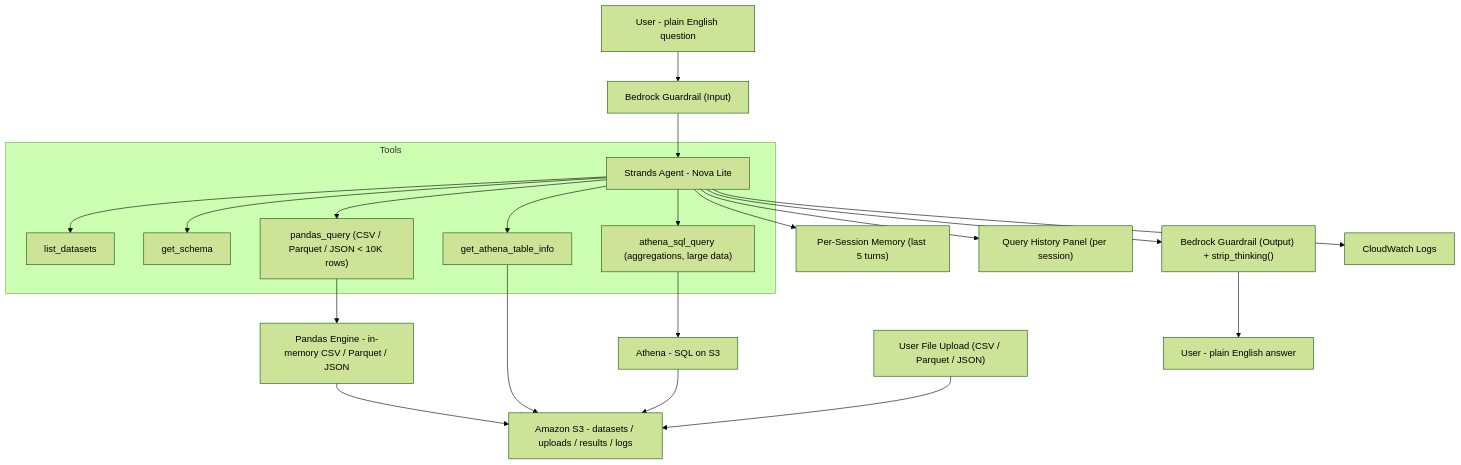
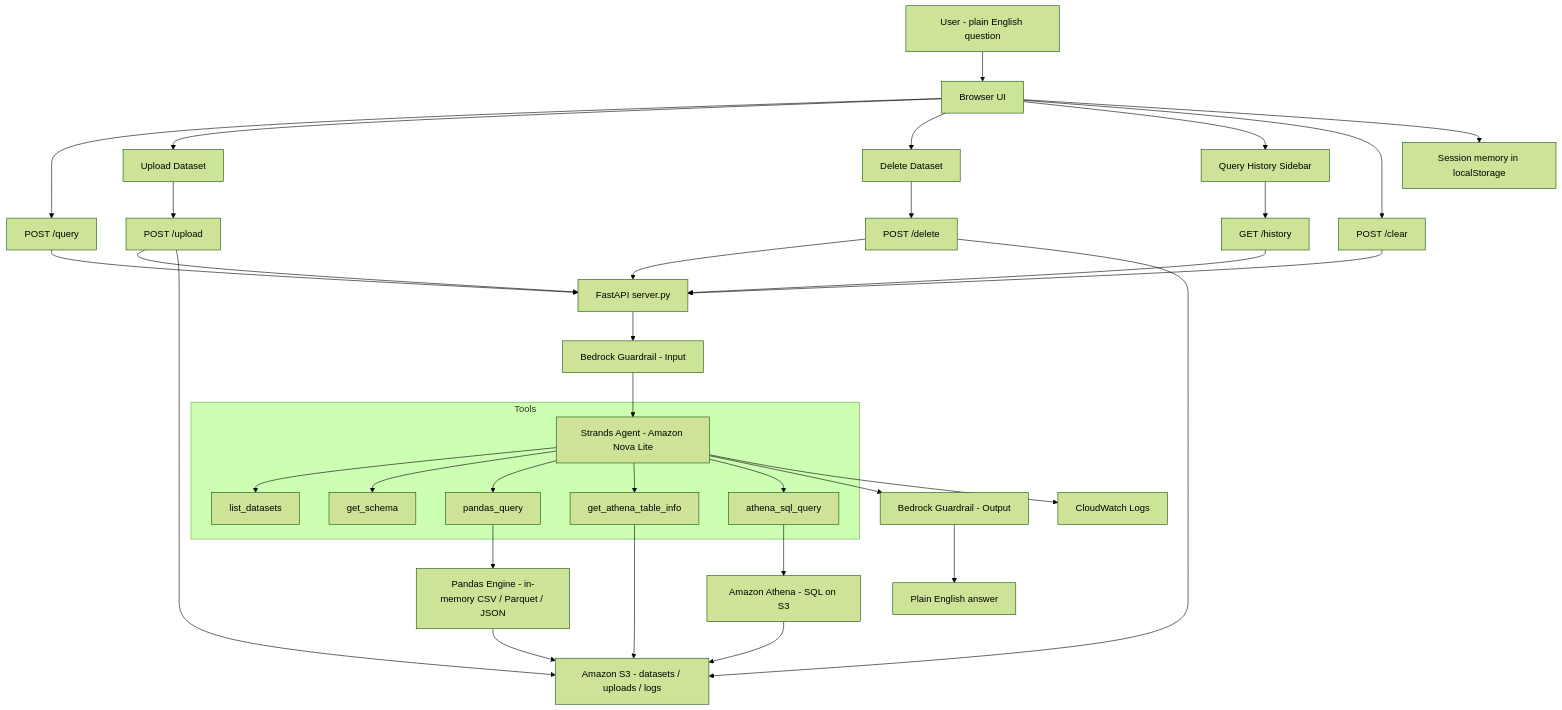
One commit to kkaustav/nl-query-agent changed the diagram in README.md. Above: the diagram before and after it, drawn with Mermaid (forest theme). The commit also changed other lines of this file, not shown here.

First line of the commit message:
Update README with new features and architecture details

````diff
--- a/README.md
+++ b/README.md
@@ -11,41 +40,54 @@
 ```mermaid
 flowchart TB
     user["User - plain English question"]
-    in_guard["Bedrock Guardrail (Input)"]
-    agent["Strands Agent - Nova Lite"]
-    memory["Per-Session Memory (last 5 turns)"]
+    browser["Browser UI"]
+    upload["Upload Dataset"]
+    delete["Delete Dataset"]
+    history["Query History Sidebar"]
+    session["Session memory in localStorage"]
+    api["FastAPI server.py"]
+    query["POST /query"]
+    upload_api["POST /upload"]
+    delete_api["POST /delete"]
+    history_api["GET /history"]
+    clear_api["POST /clear"]
+    agent["Strands Agent - Amazon Nova Lite"]
+    guard_in["Bedrock Guardrail - Input"]
+    guard_out["Bedrock Guardrail - Output"]
     listd["list_datasets"]
     schema["get_schema"]
-    pandas["pandas_query (CSV / Parquet / JSON < 10K rows)"]
+    pandas["pandas_query"]
     tableinfo["get_athena_table_info"]
-    athena_tool["athena_sql_query (aggregations, large data)"]
+    athena_tool["athena_sql_query"]
+    s3["Amazon S3 - datasets / uploads / logs"]
     pandas_engine["Pandas Engine - in-memory CSV / Parquet / JSON"]
-    athena["Athena - SQL on S3"]
-    s3["Amazon S3 - datasets / uploads / results / logs"]
-    out_guard["Bedrock Guardrail (Output) + strip_thinking()"]
+    athena["Amazon Athena - SQL on S3"]
     logs["CloudWatch Logs"]
-    answer["User - plain English answer"]
-    upload["User File Upload (CSV / Parquet / JSON)"]
-    history["Query History Panel (per session)"]
+    answer["Plain English answer"]
 
-    user --> in_guard --> agent
-    upload --> s3
+    user --> browser
+    browser --> query --> api
+    browser --> upload --> upload_api --> api
+    browser --> delete --> delete_api --> api
+    browser --> history --> history_api --> api
+    browser --> clear_api --> api
+    browser --> session
+    api --> guard_in --> agent
 
     subgraph Tools
         agent --> listd
         agent --> schema
         agent --> pandas
         agent --> tableinfo
         agent --> athena_tool
     end
 
-    agent --> memory
-    agent --> history
+    agent --> guard_out --> answer
+    agent --> logs
 
     pandas --> pandas_engine --> s3
     tableinfo --> s3
     athena_tool --> athena --> s3
-
-    agent --> out_guard --> answer
-    agent --> logs
+    upload_api --> s3
+    delete_api --> s3
 ```
````
